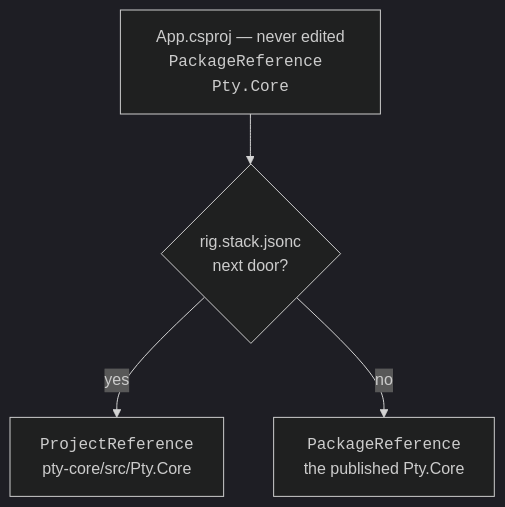
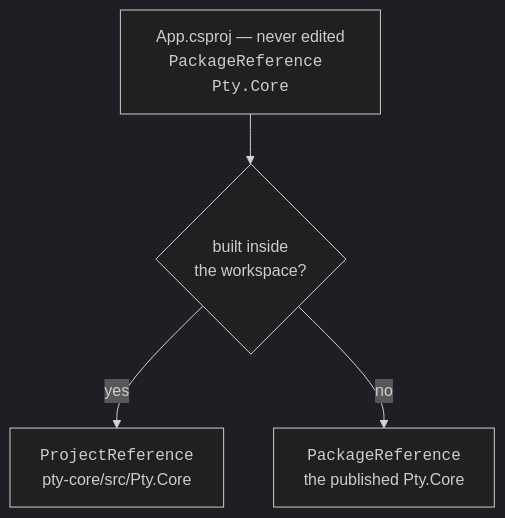
The third of 3 diagrams in site/rig/stack.md (rigsmith/rigsmith), drawn with Mermaid (dark theme) before and after one commit. The commit also changed other lines of this file and 1 other file, not shown here.

````diff
--- a/site/rig/stack.md
+++ b/site/rig/stack.md
@@ -244,7 +230,7 @@
 ```mermaid
 flowchart TB
     S["App.csproj — never edited<br/><code>PackageReference Pty.Core</code>"]
-    S --> Q{"rig.stack.jsonc<br/>next door?"}
+    S --> Q{"built inside<br/>the workspace?"}
     Q -->|"yes"| P["<code>ProjectReference</code><br/>pty-core/src/Pty.Core"]
     Q -->|"no"| K["<code>PackageReference</code><br/>the published Pty.Core"]
 ```
````
